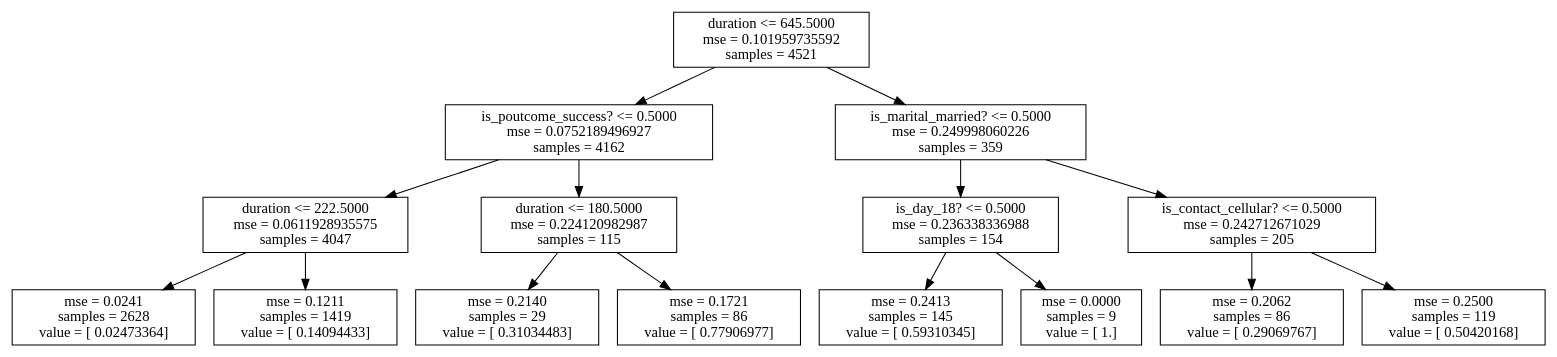
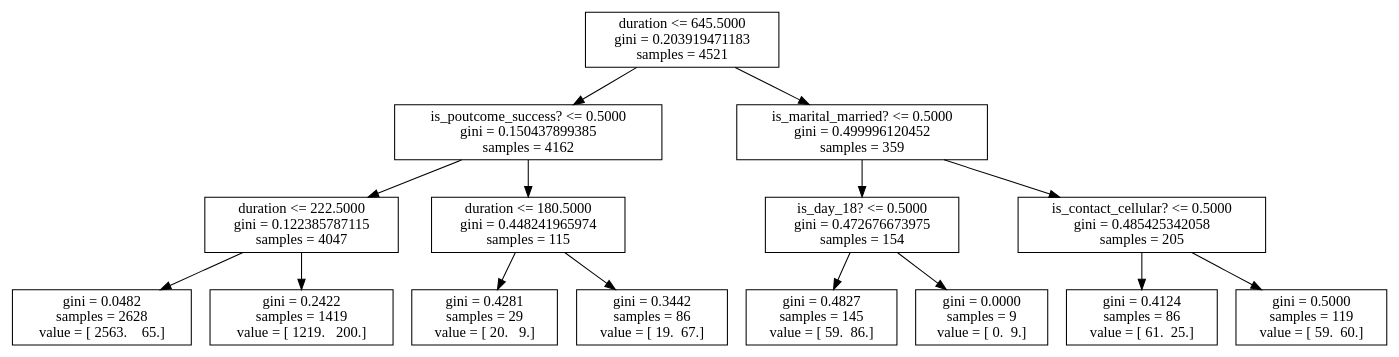
Before and after one commit to jon-eckstein/DAT_SF_13_HOMEWORK: the diagram in HW3/bank.dot, drawn with Graphviz. The commit also changed 6 other files, not shown here.

```diff
--- a/HW3/bank.dot
+++ b/HW3/bank.dot
@@ -1,31 +1,31 @@
 digraph Tree {
-0 [label="duration <= 645.5000\nmse = 0.101959735592\nsamples = 4521", shape="box"] ;
-1 [label="is_poutcome_success? <= 0.5000\nmse = 0.0752189496927\nsamples = 4162", shape="box"] ;
+0 [label="duration <= 645.5000\ngini = 0.203919471183\nsamples = 4521", shape="box"] ;
+1 [label="is_poutcome_success? <= 0.5000\ngini = 0.150437899385\nsamples = 4162", shape="box"] ;
 0 -> 1 ;
-2 [label="duration <= 222.5000\nmse = 0.0611928935575\nsamples = 4047", shape="box"] ;
+2 [label="duration <= 222.5000\ngini = 0.122385787115\nsamples = 4047", shape="box"] ;
 1 -> 2 ;
-3 [label="mse = 0.0241\nsamples = 2628\nvalue = [ 0.02473364]", shape="box"] ;
+3 [label="gini = 0.0482\nsamples = 2628\nvalue = [ 2563.    65.]", shape="box"] ;
 2 -> 3 ;
-4 [label="mse = 0.1211\nsamples = 1419\nvalue = [ 0.14094433]", shape="box"] ;
+4 [label="gini = 0.2422\nsamples = 1419\nvalue = [ 1219.   200.]", shape="box"] ;
 2 -> 4 ;
-5 [label="duration <= 180.5000\nmse = 0.224120982987\nsamples = 115", shape="box"] ;
+5 [label="duration <= 180.5000\ngini = 0.448241965974\nsamples = 115", shape="box"] ;
 1 -> 5 ;
-6 [label="mse = 0.2140\nsamples = 29\nvalue = [ 0.31034483]", shape="box"] ;
+6 [label="gini = 0.4281\nsamples = 29\nvalue = [ 20.   9.]", shape="box"] ;
 5 -> 6 ;
-7 [label="mse = 0.1721\nsamples = 86\nvalue = [ 0.77906977]", shape="box"] ;
+7 [label="gini = 0.3442\nsamples = 86\nvalue = [ 19.  67.]", shape="box"] ;
 5 -> 7 ;
-8 [label="is_marital_married? <= 0.5000\nmse = 0.249998060226\nsamples = 359", shape="box"] ;
+8 [label="is_marital_married? <= 0.5000\ngini = 0.499996120452\nsamples = 359", shape="box"] ;
 0 -> 8 ;
-9 [label="is_day_18? <= 0.5000\nmse = 0.236338336988\nsamples = 154", shape="box"] ;
+9 [label="is_day_18? <= 0.5000\ngini = 0.472676673975\nsamples = 154", shape="box"] ;
 8 -> 9 ;
-10 [label="mse = 0.2413\nsamples = 145\nvalue = [ 0.59310345]", shape="box"] ;
+10 [label="gini = 0.4827\nsamples = 145\nvalue = [ 59.  86.]", shape="box"] ;
 9 -> 10 ;
-11 [label="mse = 0.0000\nsamples = 9\nvalue = [ 1.]", shape="box"] ;
+11 [label="gini = 0.0000\nsamples = 9\nvalue = [ 0.  9.]", shape="box"] ;
 9 -> 11 ;
-12 [label="is_contact_cellular? <= 0.5000\nmse = 0.242712671029\nsamples = 205", shape="box"] ;
+12 [label="is_contact_cellular? <= 0.5000\ngini = 0.485425342058\nsamples = 205", shape="box"] ;
 8 -> 12 ;
-13 [label="mse = 0.2062\nsamples = 86\nvalue = [ 0.29069767]", shape="box"] ;
+13 [label="gini = 0.4124\nsamples = 86\nvalue = [ 61.  25.]", shape="box"] ;
 12 -> 13 ;
-14 [label="mse = 0.2500\nsamples = 119\nvalue = [ 0.50420168]", shape="box"] ;
+14 [label="gini = 0.5000\nsamples = 119\nvalue = [ 59.  60.]", shape="box"] ;
 12 -> 14 ;
 }
```
